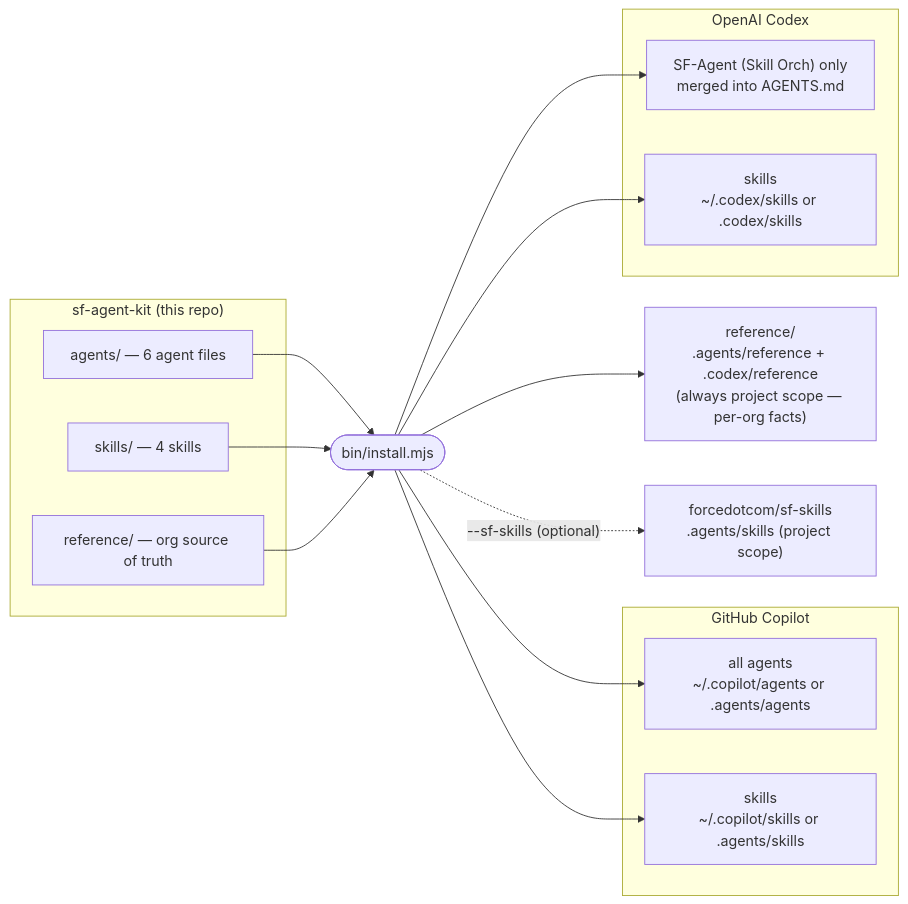
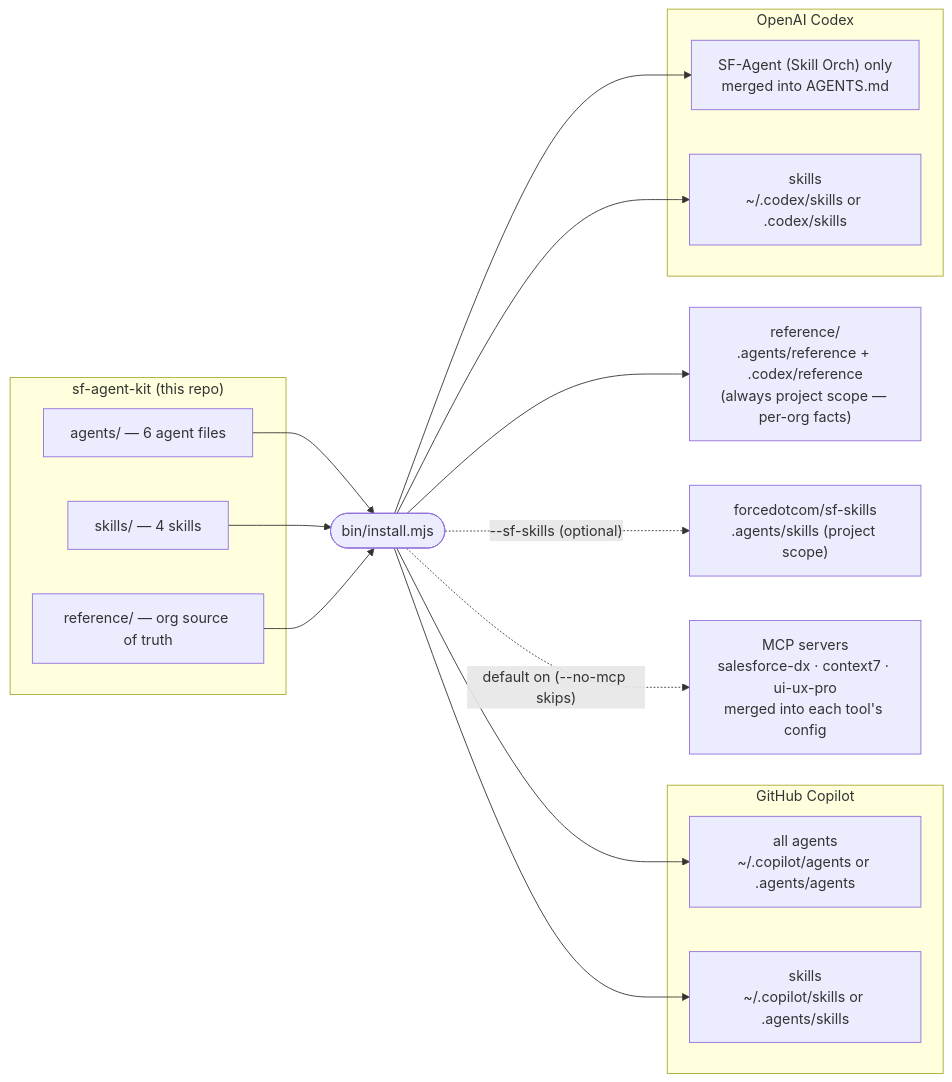
One commit to Daryl-webdev/sf-agent-kit changed the first of 2 diagrams in README.md. Above: the diagram before and after it, drawn with Mermaid. The commit also changed other lines of this file and 5 other files, not shown here.

````diff
--- a/README.md
+++ b/README.md
@@ -39,33 +39,35 @@
 ```mermaid
 flowchart LR
     subgraph KIT["sf-agent-kit (this repo)"]
         AG["agents/ — 6 agent files"]
         SK["skills/ — 4 skills"]
         RF["reference/ — org source of truth"]
     end
 
     INST(["bin/install.mjs"])
     AG --> INST
     SK --> INST
     RF --> INST
 
     subgraph COP["GitHub Copilot"]
         CAG["all agents<br/>~/.copilot/agents or .agents/agents"]
         CSK["skills<br/>~/.copilot/skills or .agents/skills"]
     end
 
     subgraph CDX["OpenAI Codex"]
         XAG["SF-Agent (Skill Orch) only<br/>merged into AGENTS.md"]
         XSK["skills<br/>~/.codex/skills or .codex/skills"]
     end
 
     REFP["reference/<br/>.agents/reference + .codex/reference<br/>(always project scope — per-org facts)"]
     SFS["forcedotcom/sf-skills<br/>.agents/skills (project scope)"]
+    MCP["MCP servers<br/>salesforce-dx · context7 · ui-ux-pro<br/>merged into each tool's config"]
 
     INST --> CAG
     INST --> CSK
     INST --> XAG
     INST --> XSK
     INST --> REFP
     INST -. "--sf-skills (optional)" .-> SFS
+    INST -. "default on (--no-mcp skips)" .-> MCP
 ```
````
